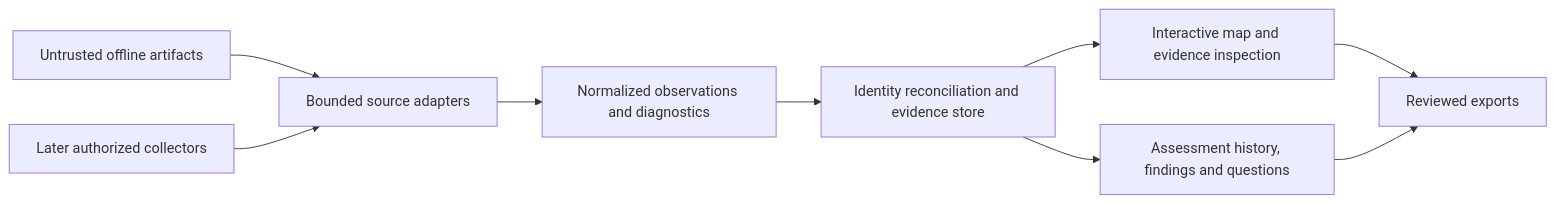
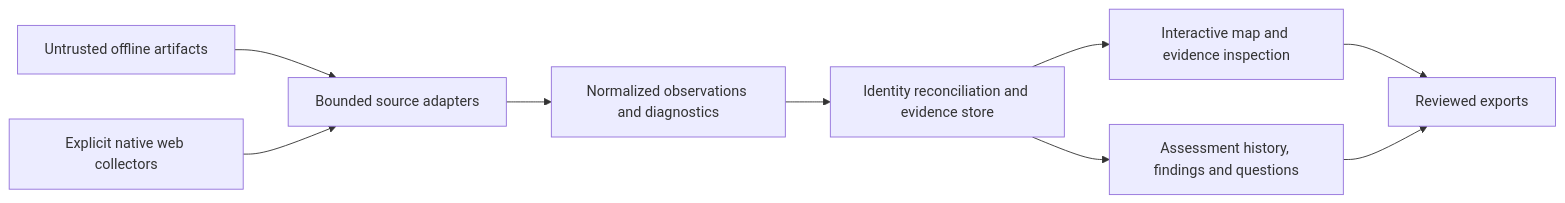
Before and after one commit to Beowxlf/assessment-atlas: the diagram in docs/architecture.md, drawn with Mermaid. The commit also changed other lines of this file and 36 other files, not shown here.

Commit message:
Add native scoped web workbench, interception and isolated browser flows

````diff
--- a/docs/architecture.md
+++ b/docs/architecture.md
@@ -7,11 +7,11 @@
 ```mermaid
 flowchart LR
   A[Untrusted offline artifacts] --> B[Bounded source adapters]
-  C[Later authorized collectors] --> B
+  C[Explicit native web collectors] --> B
   B --> D[Normalized observations and diagnostics]
   D --> E[Identity reconciliation and evidence store]
   E --> F[Interactive map and evidence inspection]
   E --> G[Assessment history, findings and questions]
   F --> H[Reviewed exports]
   G --> H
 ```
````
